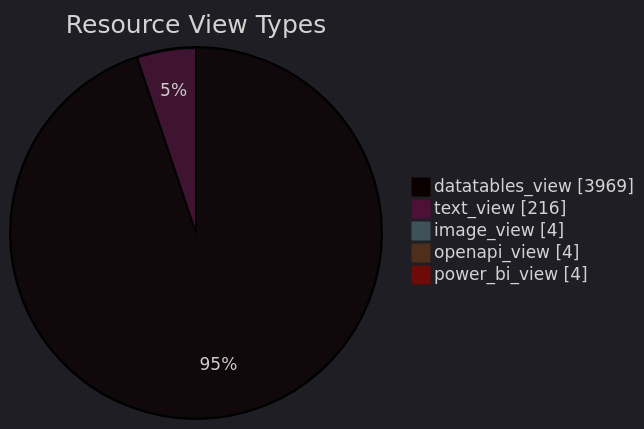
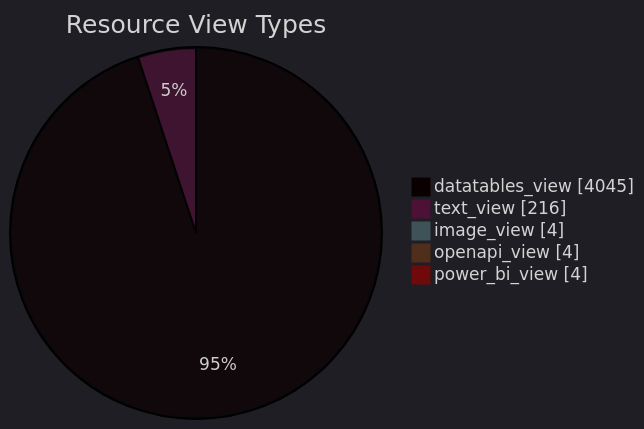
The diagram in datastore_tracker/resource_view_types_pie_chart.md (open-data/analytics-corporate-reporting), drawn with Mermaid before and after one commit. The commit also changed 9 other files, not shown here.

````diff
--- a/datastore_tracker/resource_view_types_pie_chart.md
+++ b/datastore_tracker/resource_view_types_pie_chart.md
@@ -2,12 +2,12 @@
 ```mermaid
 ---
 config:
   theme: dark
 ---
 pie showData title Resource View Types
-    "datatables_view": 3969
+    "datatables_view": 4045
     "text_view": 216
     "image_view": 4
     "openapi_view": 4
     "power_bi_view": 4
 ```
````
